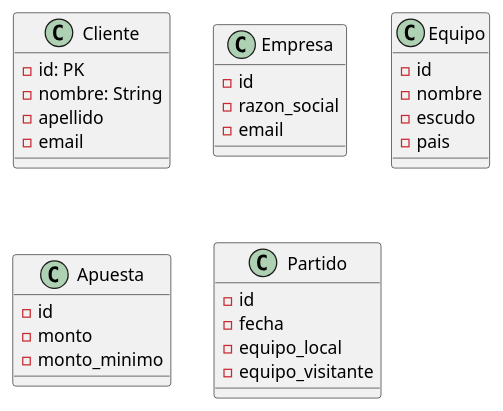
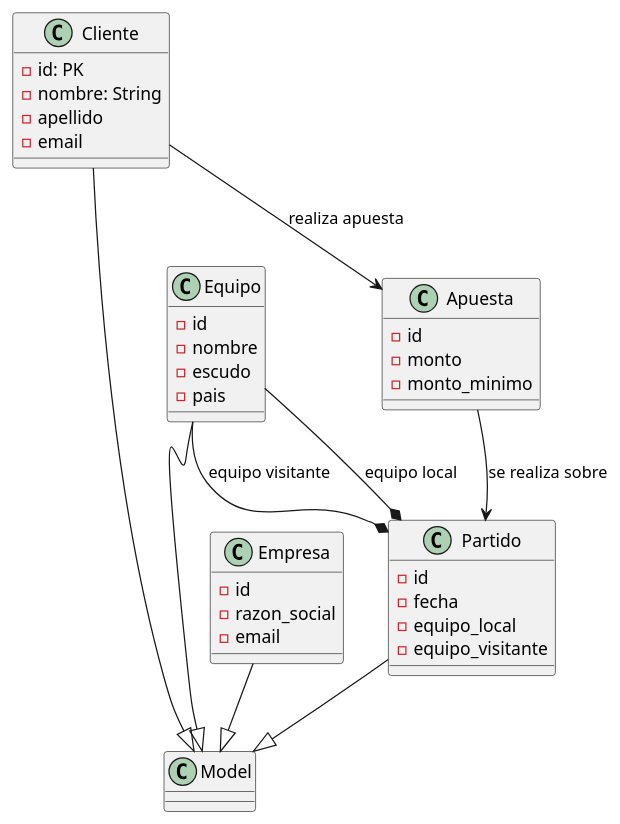
Before and after one commit to GastonFenske/Bookmaker-DS: the diagram in docs/diagrama_de_clases.puml, drawn with PlantUML. The commit also changed 13 other files, not shown here.

```diff
--- a/docs/diagrama_de_clases.puml
+++ b/docs/diagrama_de_clases.puml
@@ -1,36 +1,48 @@
-@startuml:
+@startuml
 class Cliente {
     - id: PK
     - nombre: String
     - apellido
     - email 
 }
 
 class Empresa {
     - id
     - razon_social
     - email
 }
 
 class Equipo {
     - id
     - nombre
     - escudo
     - pais 
 }
 
 class Apuesta {
     - id 
     - monto
     - monto_minimo
 }
 
 class Partido {
     - id
     - fecha 
     - equipo_local
     - equipo_visitante
 }
 
+Equipo --* Partido: equipo local
+Equipo --* Partido: equipo visitante
+
+Cliente --> Apuesta: realiza apuesta
+
+Cliente --|> Model
+Empresa --|> Model
+Partido --|> Model
+Equipo --|> Model
+
+Apuesta --> Partido: se realiza sobre
+
 
 @enduml
```
